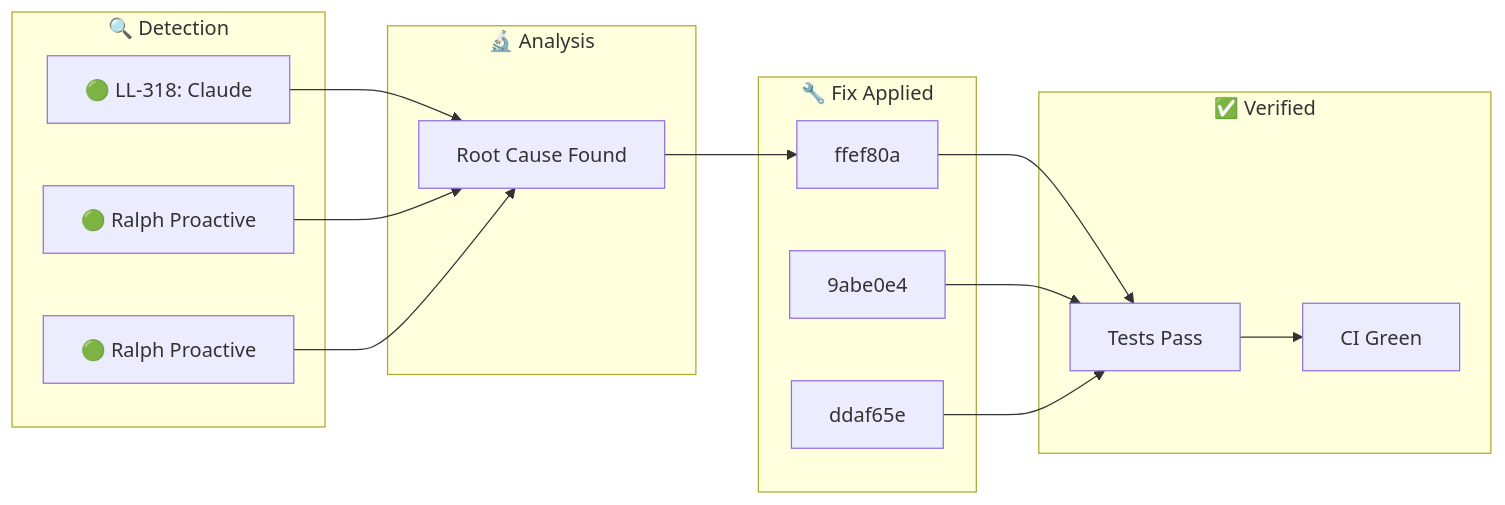
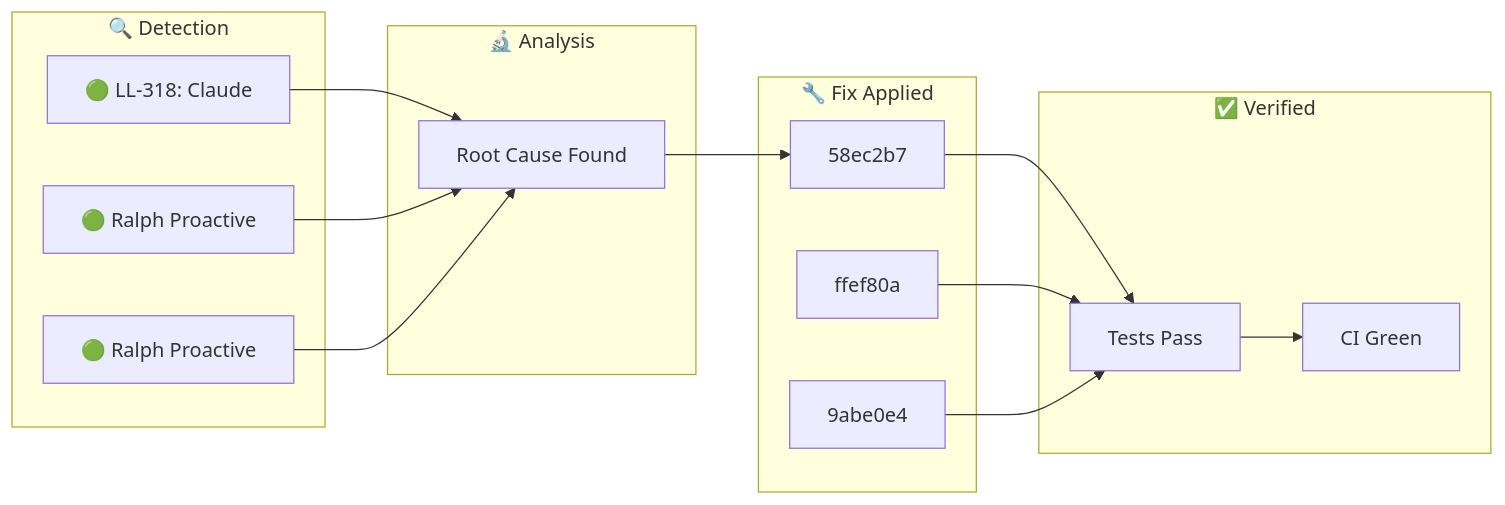
One commit to YoByron/trading changed the diagram in docs/_posts/2026-01-30-ralph-discovery.md. Above: the diagram before and after it, drawn with Mermaid. The commit also changed other lines of this file, not shown here.

Commit message:
docs(ralph): Auto-publish discovery blog post

````diff
--- a/docs/_posts/2026-01-30-ralph-discovery.md
+++ b/docs/_posts/2026-01-30-ralph-discovery.md
@@ -17,28 +17,28 @@
 ```mermaid
 flowchart LR
     subgraph Detection["🔍 Detection"]
         D1["🟢 LL-318: Claude "]
         D2["🟢 Ralph Proactive"]
         D3["🟢 Ralph Proactive"]
     end
     subgraph Analysis["🔬 Analysis"]
         A1["Root Cause Found"]
     end
     subgraph Fix["🔧 Fix Applied"]
-        F1["ffef80a"]
-        F2["9abe0e4"]
-        F3["ddaf65e"]
+        F1["58ec2b7"]
+        F2["ffef80a"]
+        F3["9abe0e4"]
     end
     subgraph Verify["✅ Verified"]
         V1["Tests Pass"]
         V2["CI Green"]
     end
     D1 --> A1
     D2 --> A1
     D3 --> A1
     A1 --> F1
     F1 --> V1
     F2 --> V1
     F3 --> V1
     V1 --> V2
 ```
````
